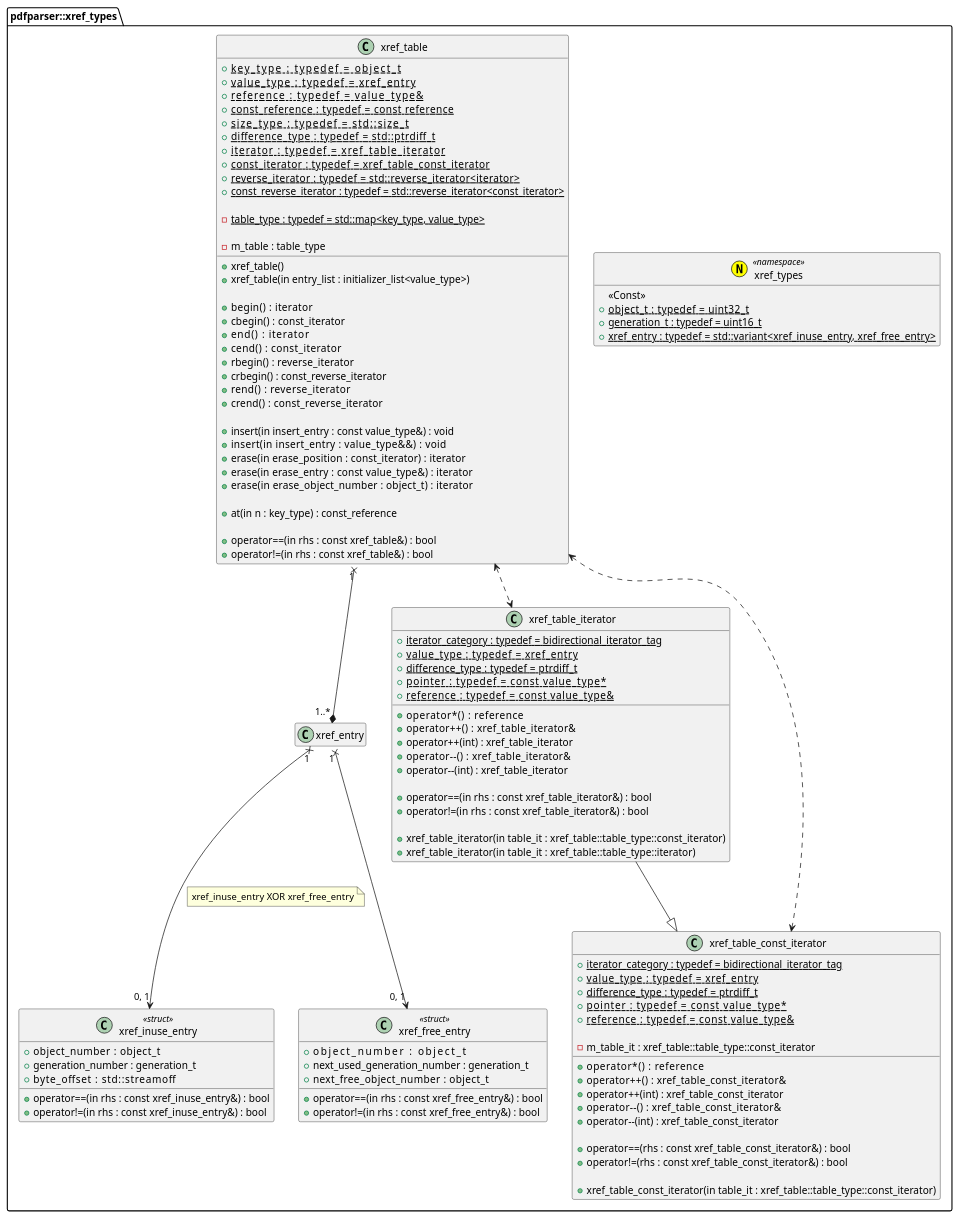
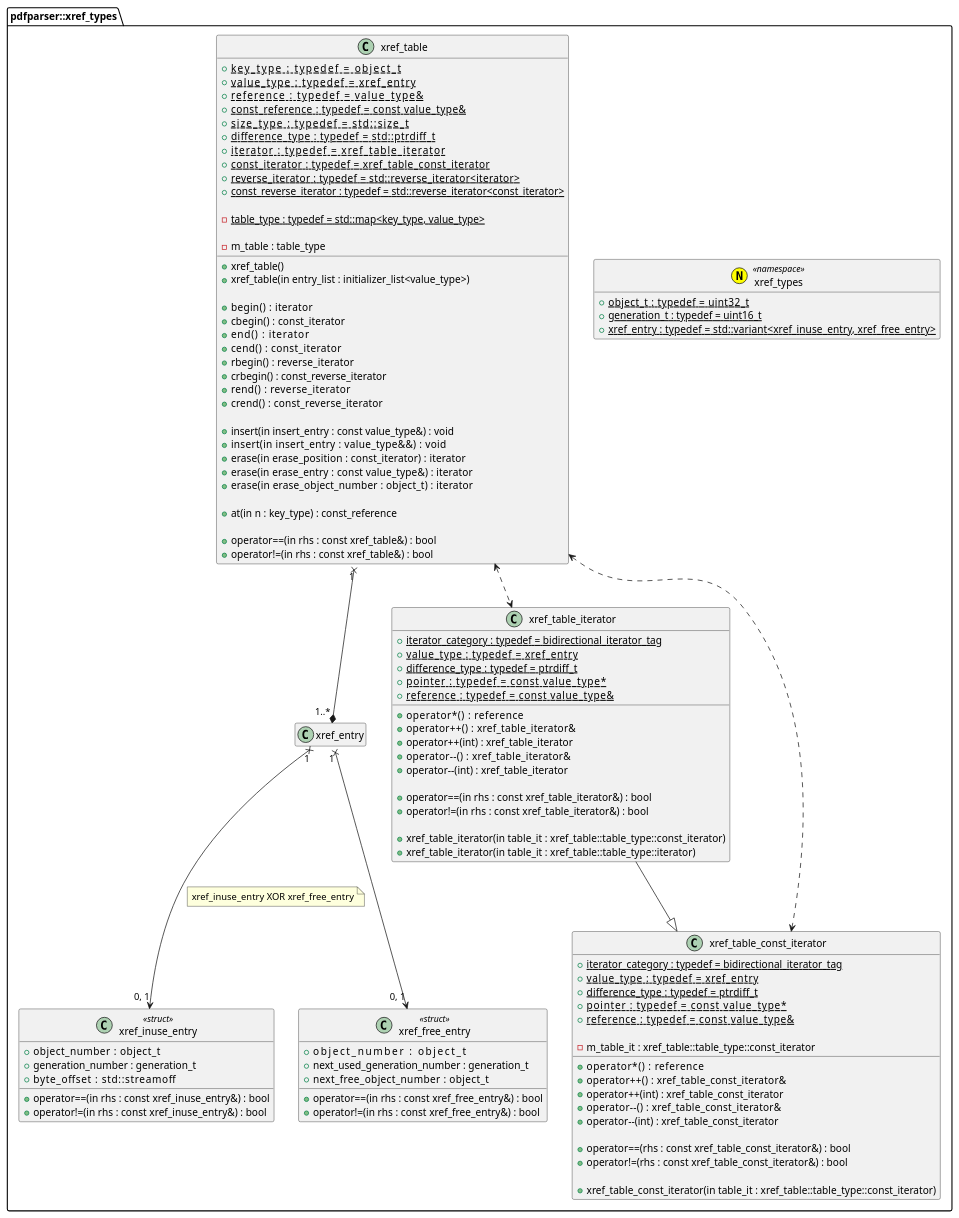
The diagram in document/xref_types.class.pu (KodaiYM/PDFReader), drawn with PlantUML before and after one commit.

Commit message:
記法の統一と、ソースコード違っていた箇所をソースコードに合わせた

```diff
--- a/document/xref_types.class.pu
+++ b/document/xref_types.class.pu
@@ -1,120 +1,119 @@
 @startuml xref_types
 hide empty members
 namespace pdfparser::xref_types {
 annotation xref_types <<(N, yellow) namespace>> {
-	<<Const>>
 	+{static} object_t     : typedef = uint32_t
 	+{static} generation_t : typedef = uint16_t
 	+{static} xref_entry   : typedef = std::variant<xref_inuse_entry, xref_free_entry>
 }
 
 xref_entry "1" x--> "0, 1" xref_inuse_entry
 note right on link
 xref_inuse_entry XOR xref_free_entry
 end note
 xref_entry "1" x--> "0, 1" xref_free_entry
 
 class xref_inuse_entry <<struct>> {
 	+object_number     : object_t
 	+generation_number : generation_t
 	+byte_offset       : std::streamoff
 	
 	+operator==(in rhs : const xref_inuse_entry&) : bool
 	+operator!=(in rhs : const xref_inuse_entry&) : bool
 }
 
 class xref_free_entry <<struct>> {
 	+object_number               : object_t
 	+next_used_generation_number : generation_t
 	+next_free_object_number     : object_t
 	
 	+operator==(in rhs : const xref_free_entry&) : bool
 	+operator!=(in rhs : const xref_free_entry&) : bool
 }
 
 class xref_table {
 	+{static} key_type               : typedef = object_t
 	+{static} value_type             : typedef = xref_entry
 	+{static} reference              : typedef = value_type&
-	+{static} const_reference        : typedef = const reference
+	+{static} const_reference        : typedef = const value_type&
 	+{static} size_type              : typedef = std::size_t
 	+{static} difference_type        : typedef = std::ptrdiff_t
 	+{static} iterator               : typedef = xref_table_iterator
 	+{static} const_iterator         : typedef = xref_table_const_iterator
 	+{static} reverse_iterator       : typedef = std::reverse_iterator<iterator>
 	+{static} const_reverse_iterator : typedef = std::reverse_iterator<const_iterator>
 
 	-{static} table_type : typedef = std::map<key_type, value_type>
 
 	-m_table : table_type
 
 	+xref_table()
 	+xref_table(in entry_list : initializer_list<value_type>)
 
 	+begin()   : iterator
 	+cbegin()  : const_iterator
 	+end()     : iterator
 	+cend()    : const_iterator
 	+rbegin()  : reverse_iterator
 	+crbegin() : const_reverse_iterator
 	+rend()    : reverse_iterator
 	+crend()   : const_reverse_iterator
 
 	+insert(in insert_entry : const value_type&) : void
 	+insert(in insert_entry : value_type&&)      : void
 	+erase(in erase_position : const_iterator)   : iterator
 	+erase(in erase_entry : const value_type&)   : iterator
 	+erase(in erase_object_number : object_t)    : iterator
 
 	+at(in n : key_type) : const_reference
 
 	+operator==(in rhs : const xref_table&) : bool
 	+operator!=(in rhs : const xref_table&) : bool
 }
 xref_table "1" x--* "1..*" xref_entry
 xref_table <..> xref_table_iterator
 xref_table <..> xref_table_const_iterator
 
 class xref_table_iterator {
 	+{static} iterator_category : typedef = bidirectional_iterator_tag
 	+{static} value_type        : typedef = xref_entry
 	+{static} difference_type   : typedef = ptrdiff_t
 	+{static} pointer           : typedef = const value_type*
 	+{static} reference         : typedef = const value_type&
 
 	+operator*()     : reference
 	+operator++()    : xref_table_iterator&
 	+operator++(int) : xref_table_iterator
 	+operator--()    : xref_table_iterator&
 	+operator--(int) : xref_table_iterator
 
 	+operator==(in rhs : const xref_table_iterator&) : bool
 	+operator!=(in rhs : const xref_table_iterator&) : bool
 
 	+xref_table_iterator(in table_it : xref_table::table_type::const_iterator)
 	+xref_table_iterator(in table_it : xref_table::table_type::iterator)
 }
 xref_table_iterator --|> xref_table_const_iterator
 
 class xref_table_const_iterator {
 	+{static} iterator_category : typedef = bidirectional_iterator_tag
 	+{static} value_type        : typedef = xref_entry
 	+{static} difference_type   : typedef = ptrdiff_t
 	+{static} pointer           : typedef = const value_type*
 	+{static} reference         : typedef = const value_type&
 
 	-m_table_it : xref_table::table_type::const_iterator
 
 	+operator*()     : reference
 	+operator++()    : xref_table_const_iterator&
 	+operator++(int) : xref_table_const_iterator
 	+operator--()    : xref_table_const_iterator&
 	+operator--(int) : xref_table_const_iterator
 
 	+operator==(rhs : const xref_table_const_iterator&) : bool
 	+operator!=(rhs : const xref_table_const_iterator&) : bool
 
 	+xref_table_const_iterator(in table_it : xref_table::table_type::const_iterator)
 }
 }
 @enduml
```
